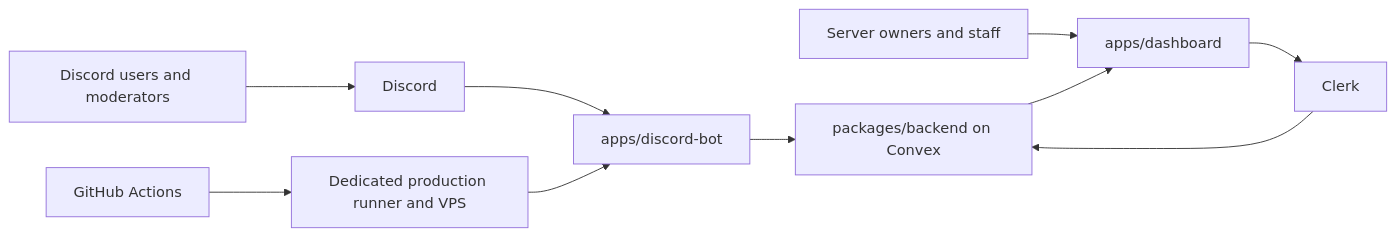
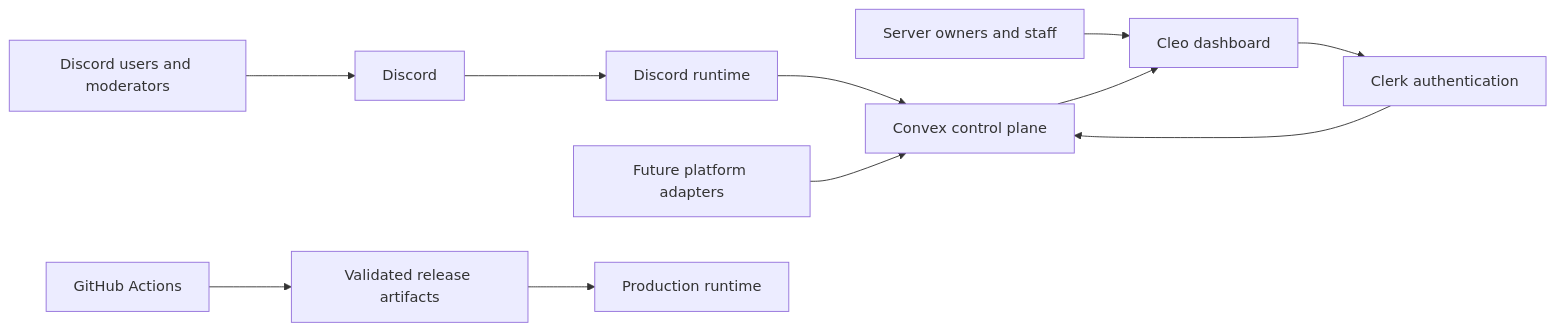
Before and after one commit to jcodog/Cleo: the diagram in README.md, drawn with Mermaid. The commit also changed other lines of this file and 1 other file, not shown here.

````diff
--- a/README.md
+++ b/README.md
@@ -56,12 +84,17 @@
 ```mermaid
 flowchart LR
   DiscordUsers[Discord users and moderators] --> Discord[Discord]
-  Discord --> Bot[apps/discord-bot]
-  DashboardUsers[Server owners and staff] --> Dashboard[apps/dashboard]
-  Dashboard --> Clerk[Clerk]
-  Clerk --> Convex[packages/backend on Convex]
-  Bot --> Convex
+  Discord --> DiscordBot[Discord runtime]
+
+  DashboardUsers[Server owners and staff] --> Dashboard[Cleo dashboard]
+  Dashboard --> Clerk[Clerk authentication]
+
+  DiscordBot --> Convex[Convex control plane]
+  Clerk --> Convex
   Convex --> Dashboard
-  GitHub[GitHub Actions] --> VPS[Dedicated production runner and VPS]
-  VPS --> Bot
+
+  FuturePlatforms[Future platform adapters] --> Convex
+
+  GitHub[GitHub Actions] --> Release[Validated release artifacts]
+  Release --> Runtime[Production runtime]
 ```
````
